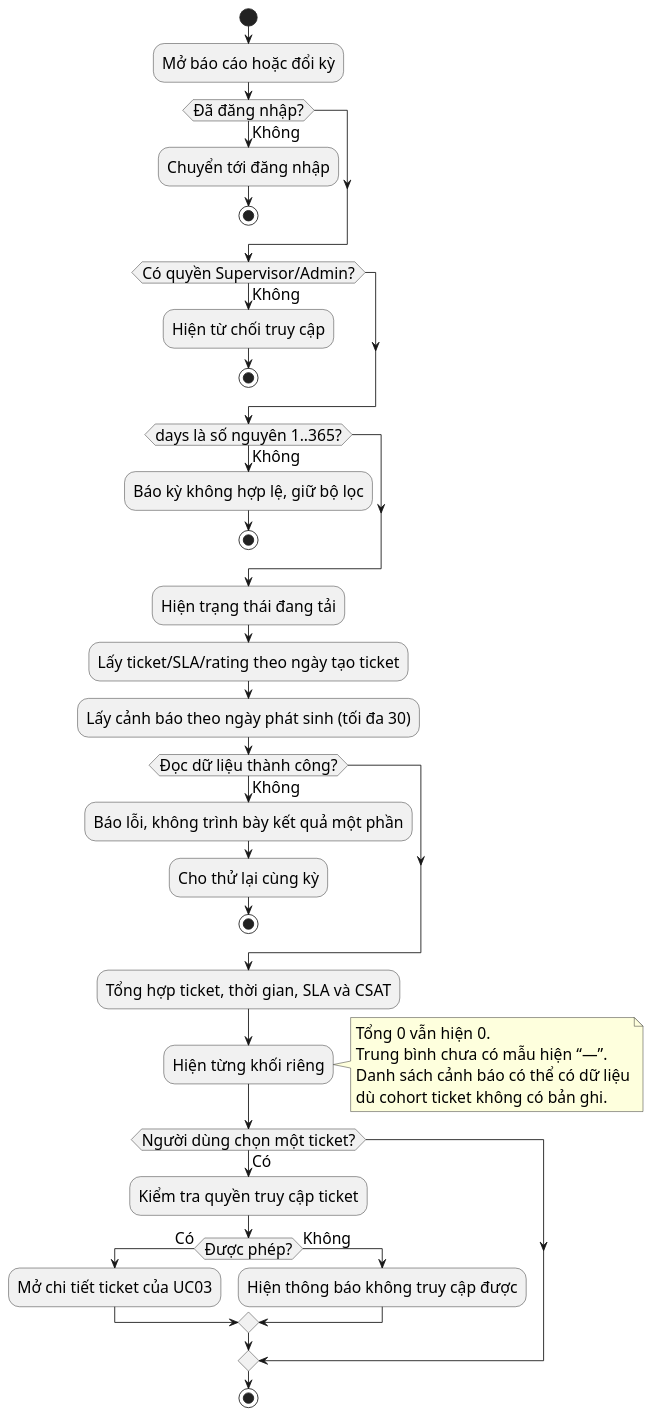
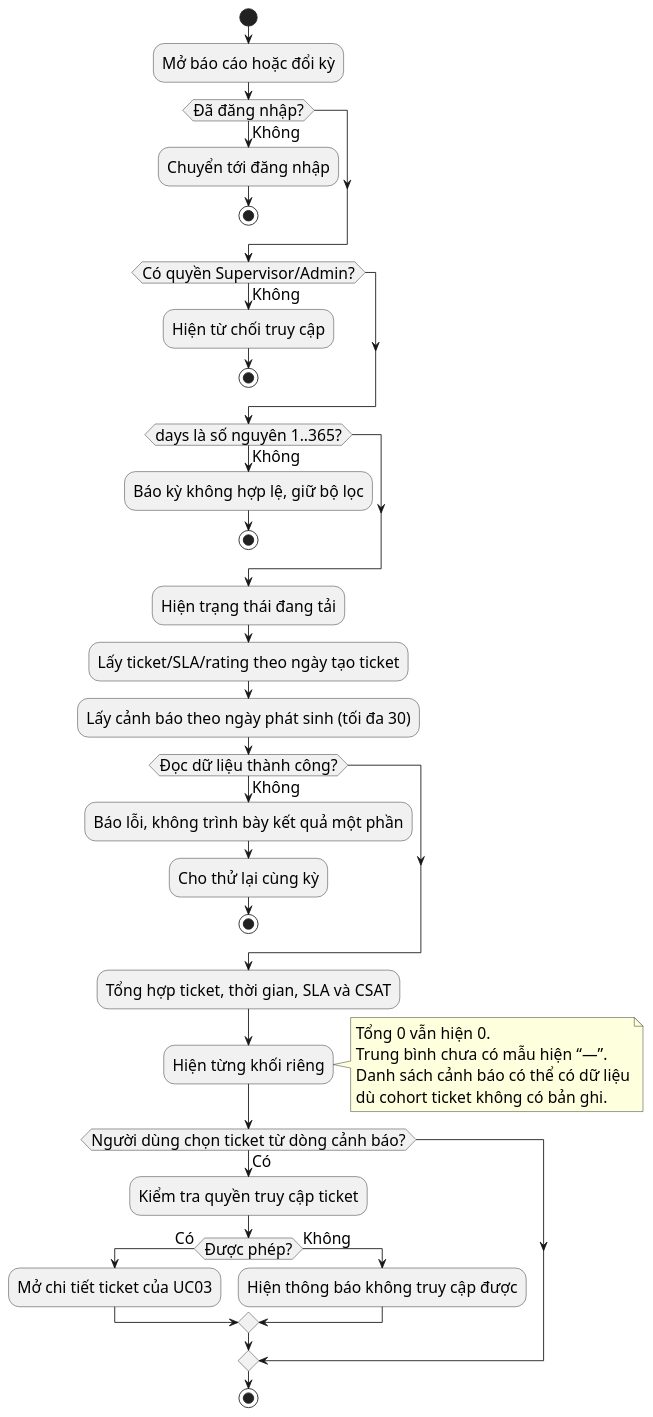
One commit to nhankotu/PTTKHT-Helpdesk changed the diagram in docs/TV5-UC08-Bao-cao/uc08-activity.puml. Above: the diagram before and after it, drawn with PlantUML. The commit also changed 6 other files, not shown here.

```diff
--- a/docs/TV5-UC08-Bao-cao/uc08-activity.puml
+++ b/docs/TV5-UC08-Bao-cao/uc08-activity.puml
@@ -1,44 +1,44 @@
 @startuml
 skinparam defaultFontName Segoe UI
 skinparam defaultFontSize 18
 skinparam shadowing false
 start
 :Mở báo cáo hoặc đổi kỳ;
 if (Đã đăng nhập?) then (Không)
   :Chuyển tới đăng nhập;
   stop
 endif
 if (Có quyền Supervisor/Admin?) then (Không)
   :Hiện từ chối truy cập;
   stop
 endif
 if (days là số nguyên 1..365?) then (Không)
   :Báo kỳ không hợp lệ, giữ bộ lọc;
   stop
 endif
 :Hiện trạng thái đang tải;
 :Lấy ticket/SLA/rating theo ngày tạo ticket;
 :Lấy cảnh báo theo ngày phát sinh (tối đa 30);
 if (Đọc dữ liệu thành công?) then (Không)
   :Báo lỗi, không trình bày kết quả một phần;
   :Cho thử lại cùng kỳ;
   stop
 endif
 :Tổng hợp ticket, thời gian, SLA và CSAT;
 :Hiện từng khối riêng;
 note right
   Tổng 0 vẫn hiện 0.
   Trung bình chưa có mẫu hiện “—”.
   Danh sách cảnh báo có thể có dữ liệu
   dù cohort ticket không có bản ghi.
 end note
-if (Người dùng chọn một ticket?) then (Có)
+if (Người dùng chọn ticket từ dòng cảnh báo?) then (Có)
   :Kiểm tra quyền truy cập ticket;
   if (Được phép?) then (Có)
     :Mở chi tiết ticket của UC03;
   else (Không)
     :Hiện thông báo không truy cập được;
   endif
 endif
 stop
 @enduml
```
